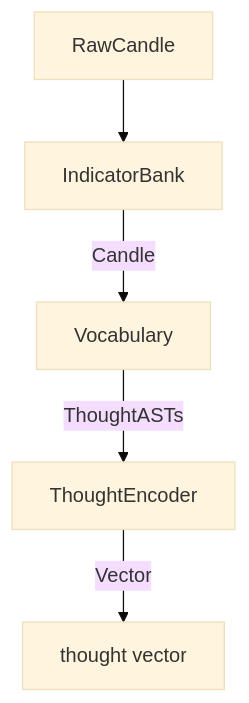
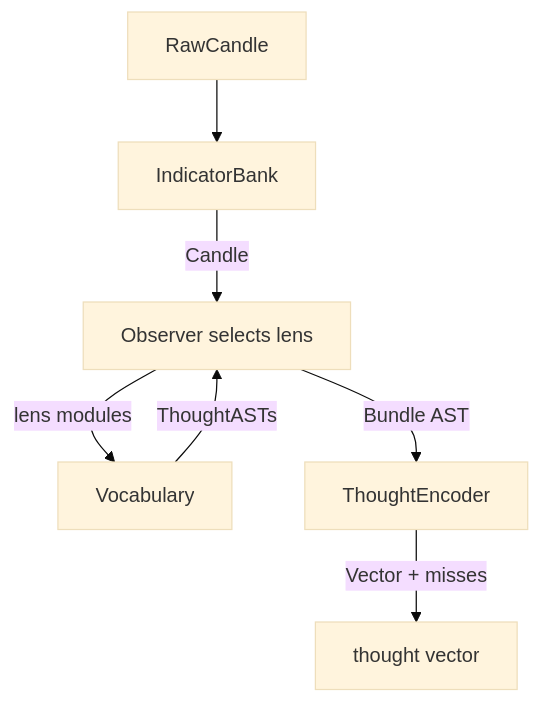
One commit to watmin/holon-lab-trading changed the second of 8 diagrams in wat/CIRCUIT.md. Above: the diagram before and after it, drawn with Mermaid (base theme). The commit also changed other lines of this file, not shown here.

````diff
--- a/wat/CIRCUIT.md
+++ b/wat/CIRCUIT.md
@@ -83,7 +85,9 @@
 ```mermaid
 graph TD
     RC[RawCandle] --> IB[IndicatorBank]
-    IB -->|Candle| VO[Vocabulary]
-    VO -->|ThoughtASTs| TE[ThoughtEncoder]
-    TE -->|Vector| OUT[thought vector]
+    IB -->|Candle| OBS[Observer selects lens]
+    OBS -->|lens modules| VO[Vocabulary]
+    VO -->|ThoughtASTs| OBS
+    OBS -->|Bundle AST| TE[ThoughtEncoder]
+    TE -->|Vector + misses| OUT[thought vector]
 ```
````
